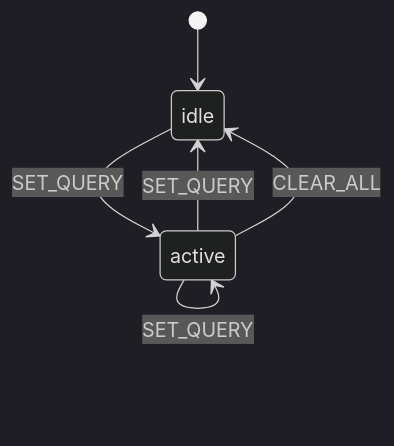
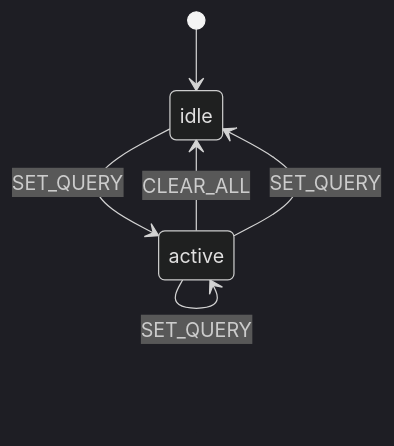
Before and after one commit to vujita/vubnguyen: the diagram in docs/state-machines/search.mmd, drawn with Mermaid (dark theme). The commit also changed other lines of this file and 9 other files, not shown here.

First line of the commit message:
switch state machine diagram output from SVG to PNG for GitHub PR visibility

```diff
--- a/docs/state-machines/search.mmd
+++ b/docs/state-machines/search.mmd
@@ -1,6 +1,6 @@
 stateDiagram-v2
   [*] --> idle
-  idle --> active : SET_QUERY
+  active --> idle : CLEAR_ALL
   active --> idle : SET_QUERY
   active --> active : SET_QUERY
-  active --> idle : CLEAR_ALL
+  idle --> active : SET_QUERY
```
